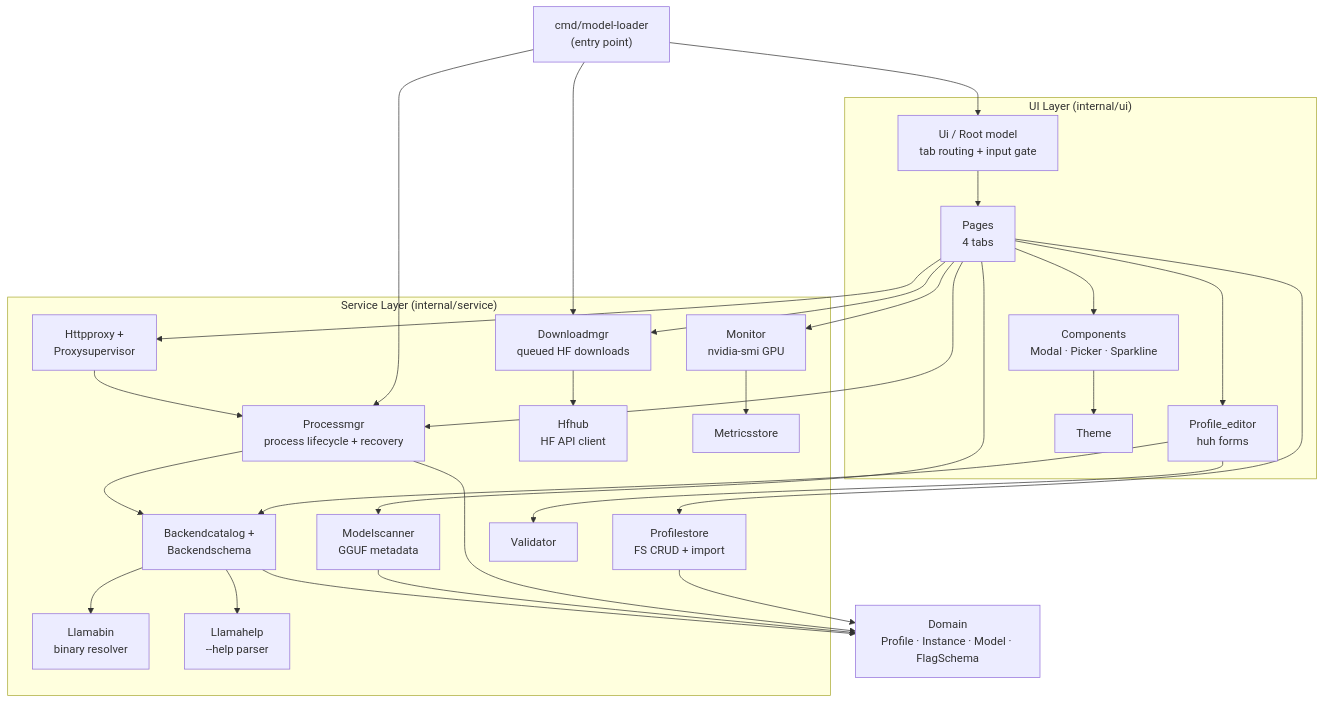
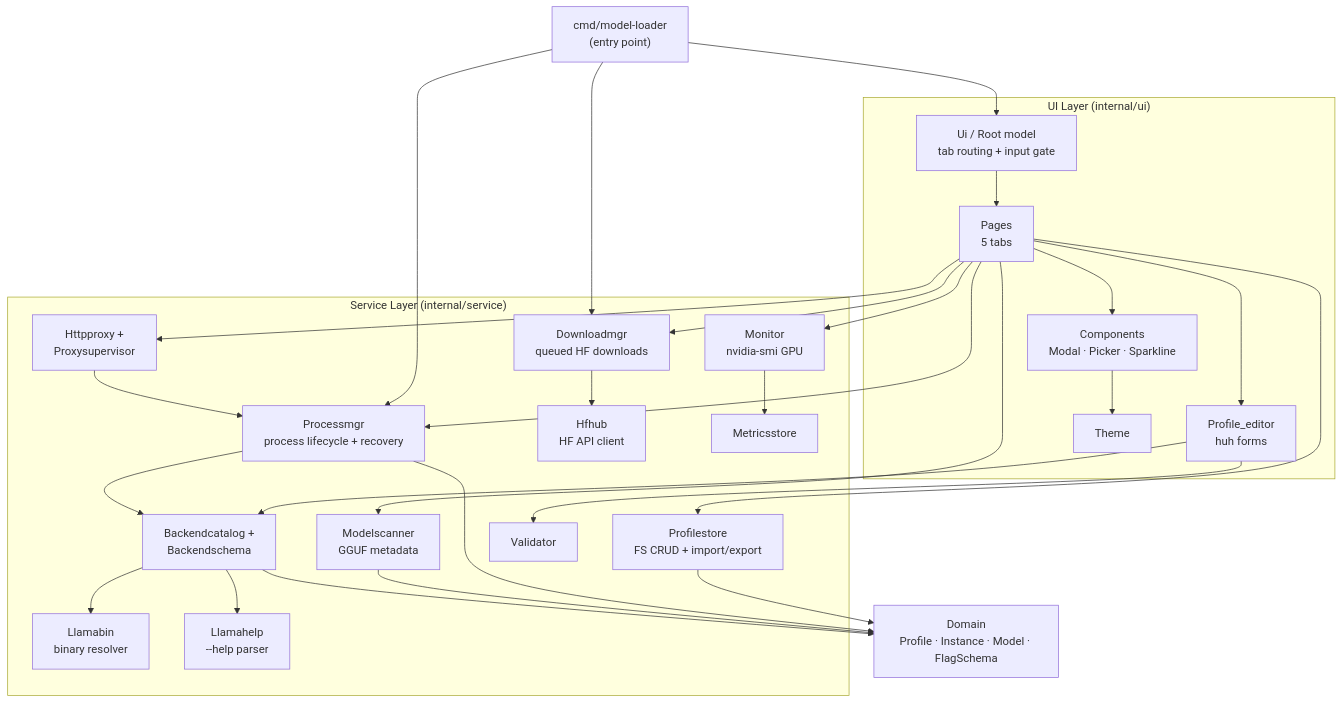
Before and after one commit to quantmind-br/model-loader: the diagram in ARCHITECTURE.md, drawn with Mermaid. The commit also changed other lines of this file and 3 other files, not shown here.

First line of the commit message:
docs(architecture): regenerate ARCHITECTURE.md from GitNexus graph

````diff
--- a/ARCHITECTURE.md
+++ b/ARCHITECTURE.md
@@ -84,59 +117,59 @@
 ```mermaid
 graph TD
     Main["cmd/model-loader<br/>(entry point)"]
 
     subgraph UI["UI Layer (internal/ui)"]
         Root["Ui / Root model<br/>tab routing + input gate"]
-        Pages["Pages<br/>4 tabs"]
+        Pages["Pages<br/>5 tabs"]
         Editor["Profile_editor<br/>huh forms"]
         Components["Components<br/>Modal · Picker · Sparkline"]
         Theme["Theme"]
     end
 
     subgraph Services["Service Layer (internal/service)"]
         ProcMgr["Processmgr<br/>process lifecycle + recovery"]
-        ProfStore["Profilestore<br/>FS CRUD + import"]
+        ProfStore["Profilestore<br/>FS CRUD + import/export"]
         DownloadMgr["Downloadmgr<br/>queued HF downloads"]
         HfHub["Hfhub<br/>HF API client"]
         ModelScan["Modelscanner<br/>GGUF metadata"]
         Monitor["Monitor<br/>nvidia-smi GPU"]
         Metrics["Metricsstore"]
         Proxy["Httpproxy +<br/>Proxysupervisor"]
         Catalog["Backendcatalog +<br/>Backendschema"]
         LlamaBin["Llamabin<br/>binary resolver"]
         LlamaHelp["Llamahelp<br/>--help parser"]
         Validator["Validator"]
     end
 
     Domain["Domain<br/>Profile · Instance · Model · FlagSchema"]
 
     Main --> Root
     Main --> DownloadMgr
     Main --> ProcMgr
 
     Root --> Pages
     Pages --> Editor
     Pages --> Components
     Components --> Theme
 
     Pages --> ProfStore
     Pages --> DownloadMgr
     Pages --> ModelScan
     Pages --> ProcMgr
     Pages --> Monitor
     Pages --> Proxy
     Monitor --> Metrics
 
     Editor --> Validator
     Editor --> Catalog
     DownloadMgr --> HfHub
     ProcMgr --> Catalog
     Catalog --> LlamaBin
     Catalog --> LlamaHelp
     Proxy --> ProcMgr
 
     ProfStore --> Domain
     ProcMgr --> Domain
     ModelScan --> Domain
     Catalog --> Domain
 ```
````
